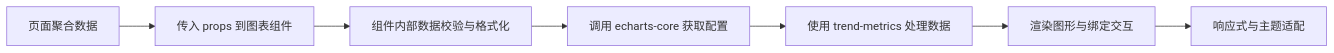
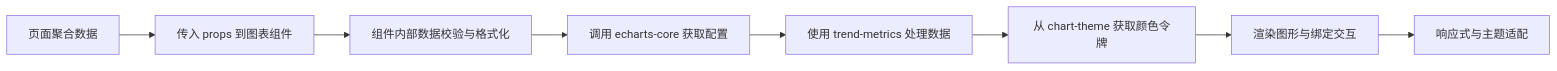
Before and after one commit to Damao997/newproject: the tenth of 11 diagrams in .qoder/repowiki/zh/content/架构设计/组件架构/业务组件/图表组件/图表组件.md, drawn with Mermaid. The commit also changed other lines of this file and 10 other files, not shown here.

````diff
--- a/.qoder/repowiki/zh/content/架构设计/组件架构/业务组件/图表组件/图表组件.md
+++ b/.qoder/repowiki/zh/content/架构设计/组件架构/业务组件/图表组件/图表组件.md
@@ -356,9 +444,10 @@
 ```mermaid
 flowchart LR
 A["页面聚合数据"] --> B["传入 props 到图表组件"]
 B --> C["组件内部数据校验与格式化"]
 C --> D["调用 echarts-core 获取配置"]
 D --> E["使用 trend-metrics 处理数据"]
-E --> F["渲染图形与绑定交互"]
-F --> G["响应式与主题适配"]
+E --> F["从 chart-theme 获取颜色令牌"]
+F --> G["渲染图形与绑定交互"]
+G --> H["响应式与主题适配"]
 ```
````
